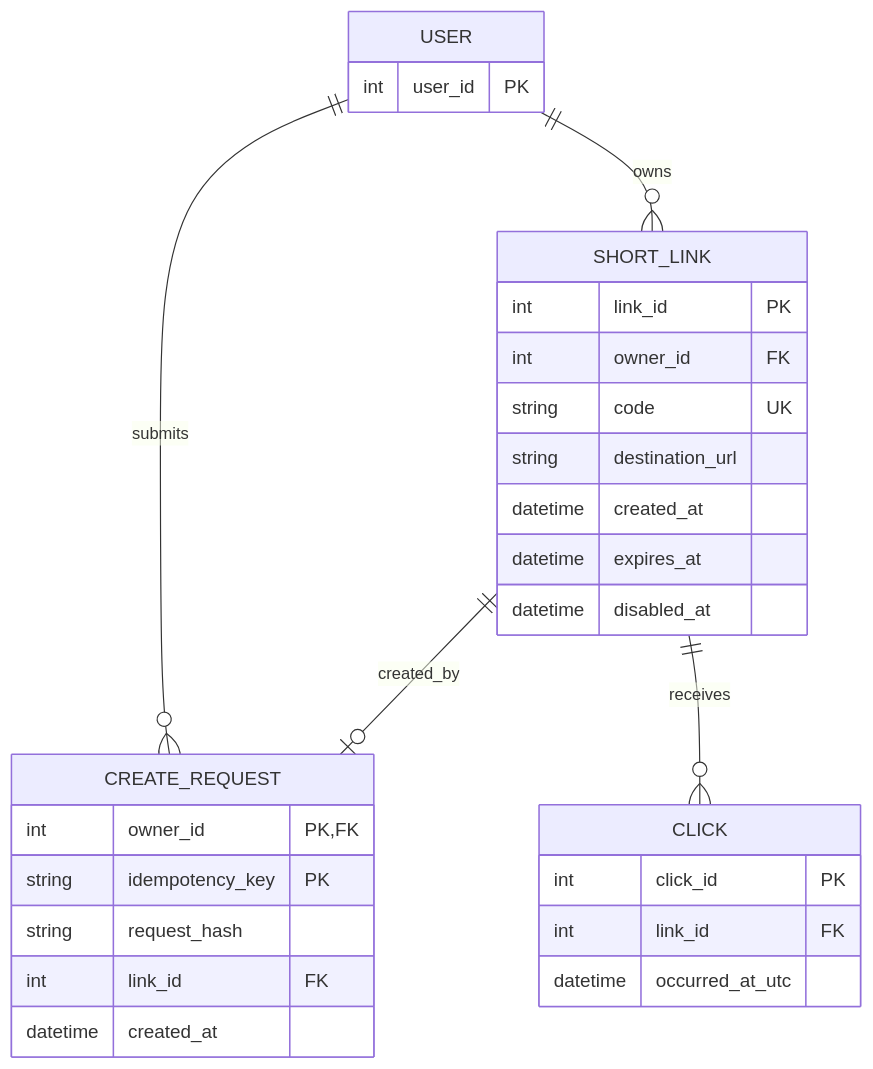
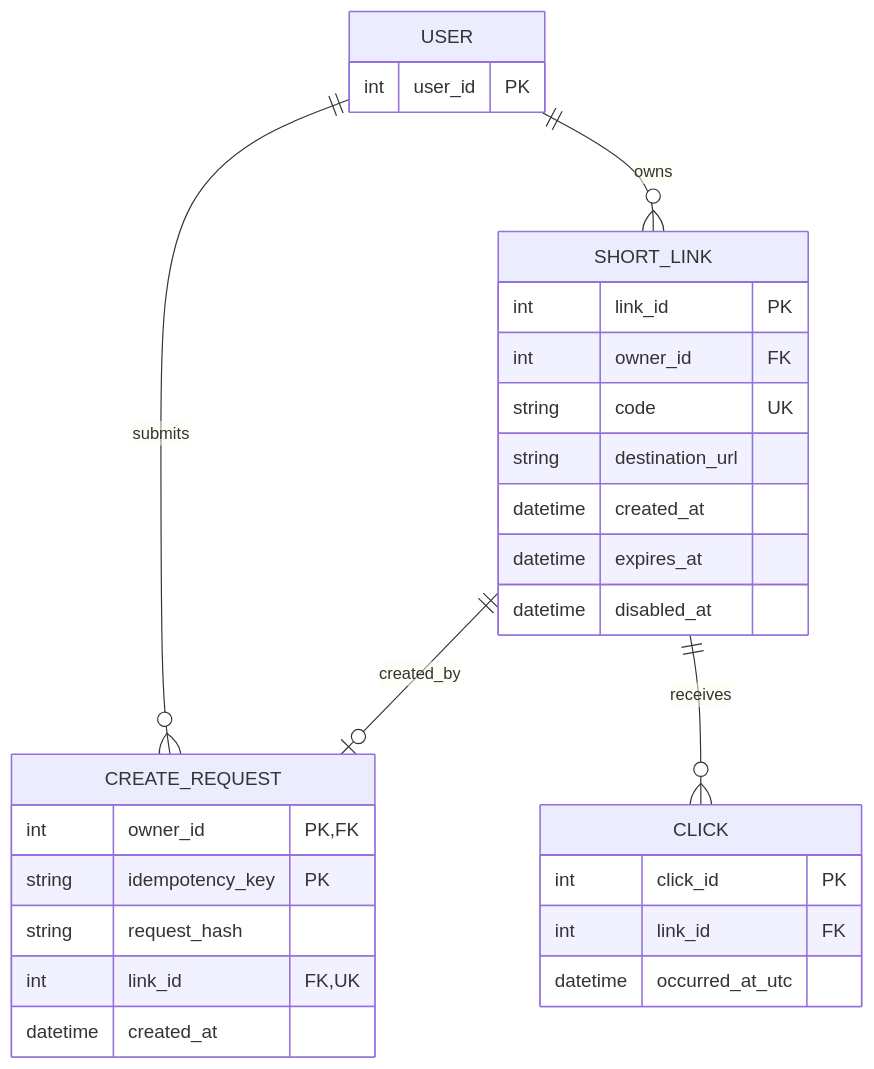
Before and after one commit to ehuerta6/bloomberg-interview-practice: the second of 2 diagrams in solutions/system-design/10-url-shortener-click-analytics.md, drawn with Mermaid. The commit also changed 16 other files, not shown here.

````diff
--- a/solutions/system-design/10-url-shortener-click-analytics.md
+++ b/solutions/system-design/10-url-shortener-click-analytics.md
@@ -44,32 +44,32 @@
 ```mermaid
 erDiagram
     USER ||--o{ SHORT_LINK : owns
     USER ||--o{ CREATE_REQUEST : submits
     SHORT_LINK ||--o| CREATE_REQUEST : created_by
     SHORT_LINK ||--o{ CLICK : receives
 
     USER {
         int user_id PK
     }
     SHORT_LINK {
         int link_id PK
         int owner_id FK
         string code UK
         string destination_url
         datetime created_at
         datetime expires_at
         datetime disabled_at
     }
     CREATE_REQUEST {
         int owner_id PK, FK
         string idempotency_key PK
         string request_hash
-        int link_id FK
+        int link_id FK, UK
         datetime created_at
     }
     CLICK {
         int click_id PK
         int link_id FK
         datetime occurred_at_utc
     }
 ```
````
